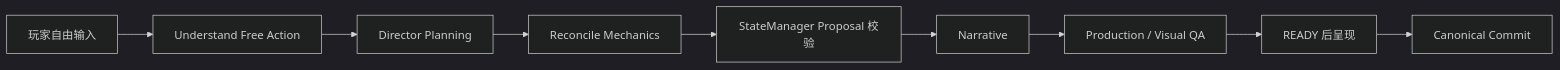
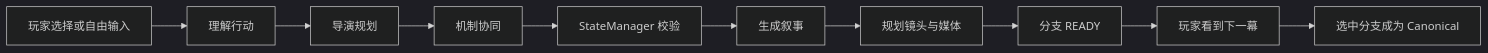
Before and after one commit to lujunlin-cn/Interaction: the diagram in docs/PROJECT_DESCRIPTION.md, drawn with Mermaid (dark theme). The commit also changed other lines of this file and 5 other files, not shown here.

````diff
--- a/docs/PROJECT_DESCRIPTION.md
+++ b/docs/PROJECT_DESCRIPTION.md
@@ -34,11 +19,12 @@
 ```mermaid
 flowchart LR
-    A[玩家自由输入] --> B[Understand Free Action]
-    B --> C[Director Planning]
-    C --> D[Reconcile Mechanics]
-    D --> E[StateManager Proposal 校验]
-    E --> F[Narrative]
-    F --> G[Production / Visual QA]
-    G --> H[READY 后呈现]
-    H --> I[Canonical Commit]
+    A[玩家选择或自由输入] --> B[理解行动]
+    B --> C[导演规划]
+    C --> D[机制协同]
+    D --> E[StateManager 校验]
+    E --> F[生成叙事]
+    F --> G[规划镜头与媒体]
+    G --> H[分支 READY]
+    H --> I[玩家看到下一幕]
+    I --> J[选中分支成为 Canonical]
 ```
````
